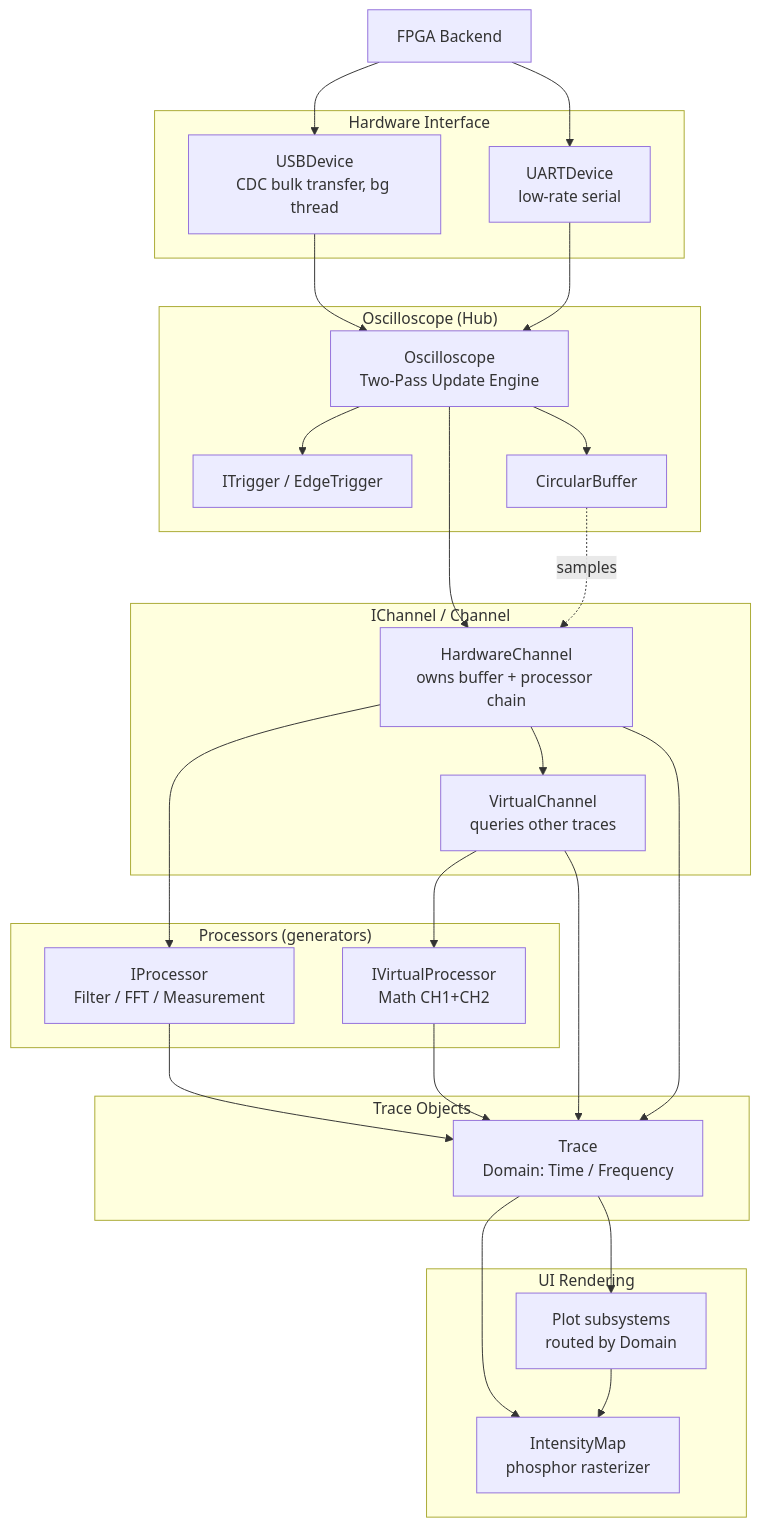
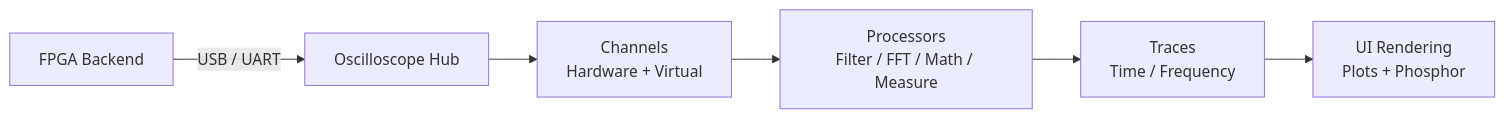
The diagram in README.md (wavius/Scoped), drawn with Mermaid before and after one commit. The commit also changed other lines of this file and 3 other files, not shown here.

Commit message:
update readme and architecture doc

````diff
--- a/README.md
+++ b/README.md
@@ -121,56 +127,8 @@
 ```mermaid
-flowchart TD
-    HW[FPGA Backend]
-
-    subgraph Interface ["Hardware Interface"]
-        USB[USBDevice<br/>CDC bulk transfer, bg thread]
-        UART[UARTDevice<br/>low-rate serial]
-    end
-
-    HW --> USB & UART
-
-    subgraph Core ["Oscilloscope (Hub)"]
-        OSC[Oscilloscope<br/>Two-Pass Update Engine]
-        TRG[ITrigger / EdgeTrigger]
-        CB[CircularBuffer]
-        OSC --> TRG
-        OSC --> CB
-    end
-
-    USB & UART --> OSC
-
-    subgraph Channels ["IChannel / Channel"]
-        HC[HardwareChannel<br/>owns buffer + processor chain]
-        VC[VirtualChannel<br/>queries other traces]
-    end
-
-    OSC --> HC
-    CB -. samples .-> HC
-
-    subgraph Proc ["Processors (generators)"]
-        IP[IProcessor<br/>Filter / FFT / Measurement]
-        VP[IVirtualProcessor<br/>Math CH1+CH2]
-    end
-
-    HC --> IP
-    HC --> VC
-    VC --> VP
-
-    subgraph Traces ["Trace Objects"]
-        TR[Trace<br/>Domain: Time / Frequency]
-    end
-
-    IP --> TR
-    VP --> TR
-    VC --> TR
-    HC --> TR
-
-    subgraph Render ["UI Rendering"]
-        IM[IntensityMap<br/>phosphor rasterizer]
-        PLT[Plot subsystems<br/>routed by Domain]
-    end
-
-    TR --> PLT
-    TR --> IM
-    PLT --> IM
+flowchart LR
+    HW[FPGA Backend] -->|USB / UART| OSC[Oscilloscope Hub]
+    OSC --> CH[Channels<br/>Hardware + Virtual]
+    CH --> PR[Processors<br/>Filter / FFT / Math / Measure]
+    PR --> TR[Traces<br/>Time / Frequency]
+    TR --> UI[UI Rendering<br/>Plots + Phosphor]
 ```
````
